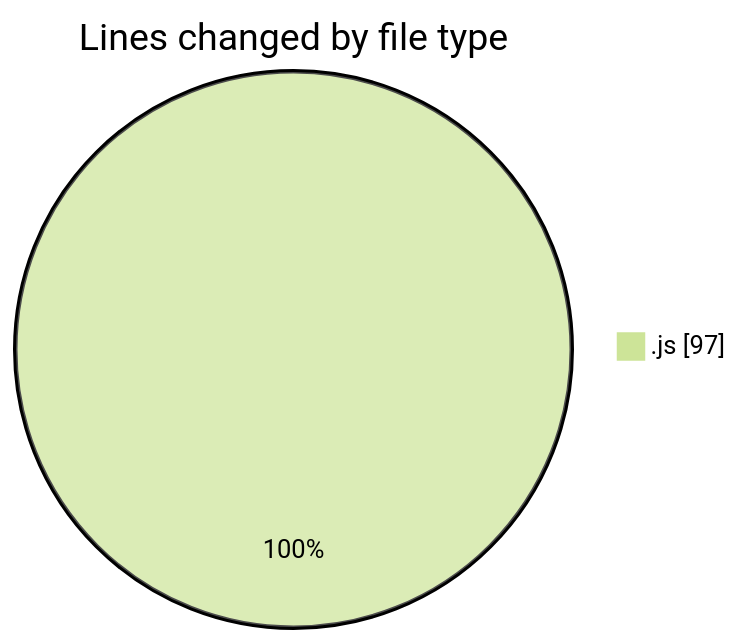
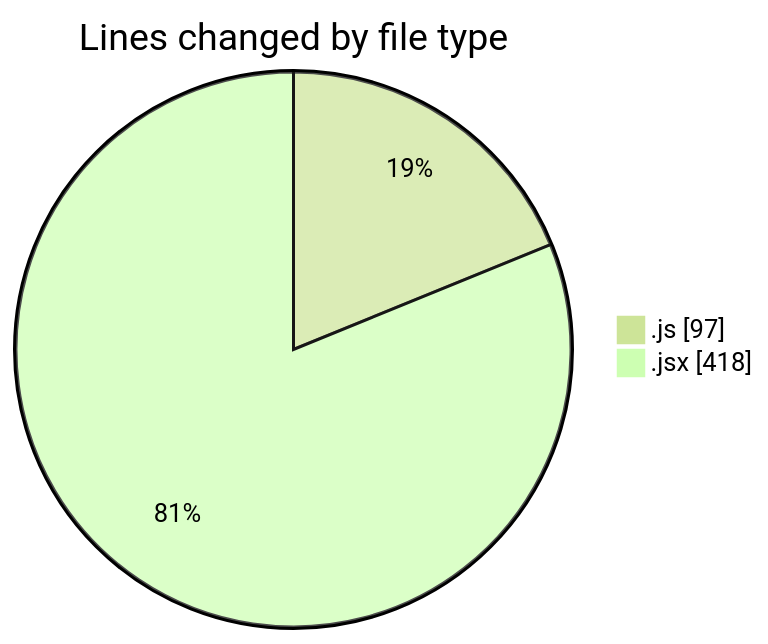
Before and after one commit to nxtqubesakshisongat/code-tracking: the first of 2 diagrams in 2025-05-29/nxtqube_webapp/README.md, drawn with Mermaid (forest theme). The commit also changed other lines of this file and 1 other file, not shown here.

````diff
--- a/2025-05-29/nxtqube_webapp/README.md
+++ b/2025-05-29/nxtqube_webapp/README.md
@@ -20,5 +22,6 @@
 ```mermaid
 pie showData
 title Lines changed by file type
 ".js" : 97
+".jsx" : 418
 ```
````
